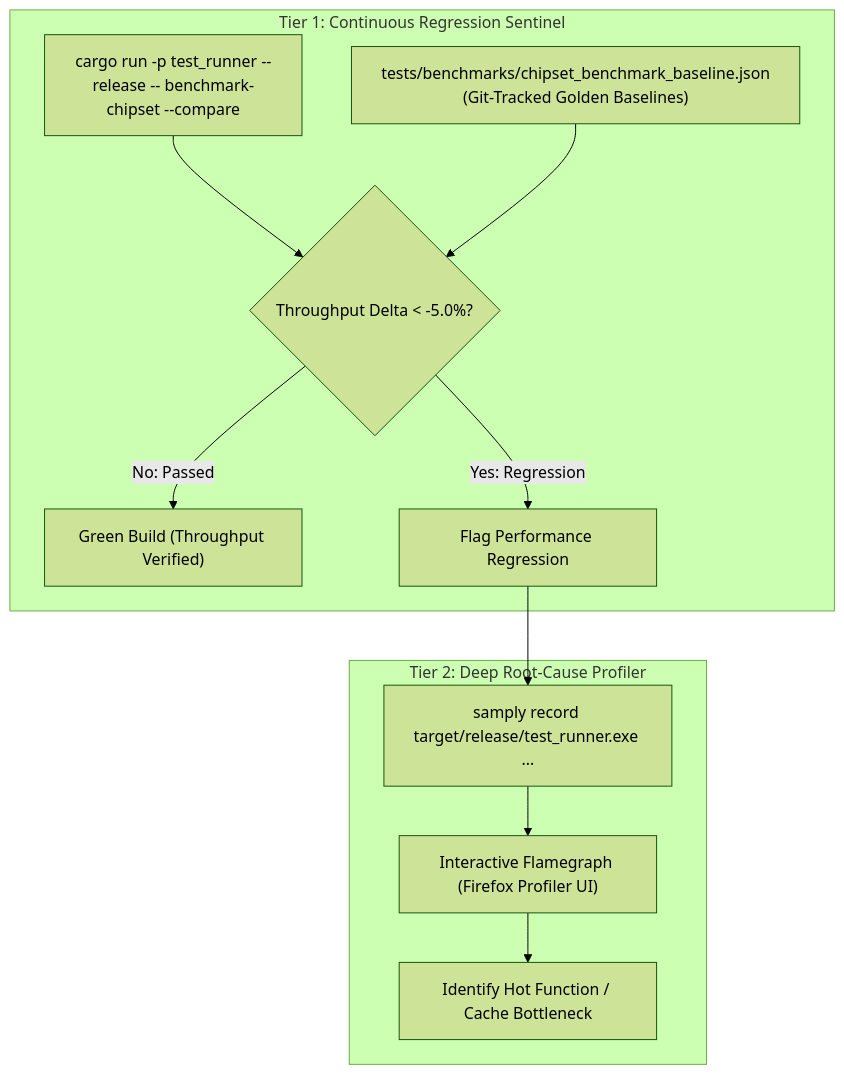
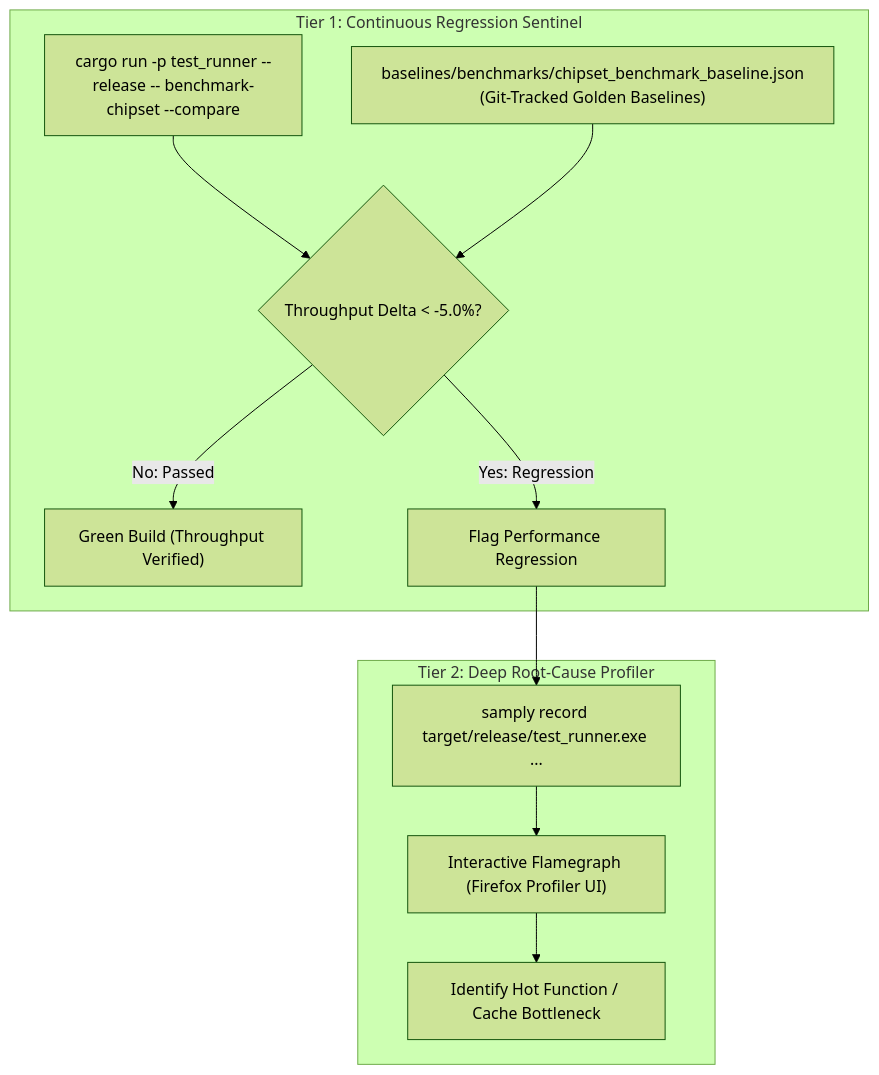
The diagram in Obsidian/Amiga/Design/Performance Profiling and Optimization Strategy.md (tomek-anuszkiewicz/amiga-studio), drawn with Mermaid (forest theme) before and after one commit. The commit also changed other lines of this file and 47 other files, not shown here.

````diff
--- a/Obsidian/Amiga/Design/Performance Profiling and Optimization Strategy.md
+++ b/Obsidian/Amiga/Design/Performance Profiling and Optimization Strategy.md
@@ -33,19 +33,19 @@
 ```mermaid
 graph TD
     subgraph "Tier 1: Continuous Regression Sentinel"
         RUN["cargo run -p test_runner --release -- benchmark-chipset --compare"]
-        GOLDEN["tests/benchmarks/chipset_benchmark_baseline.json<br/>(Git-Tracked Golden Baselines)"]
+        GOLDEN["baselines/benchmarks/chipset_benchmark_baseline.json<br/>(Git-Tracked Golden Baselines)"]
         DELTA{"Throughput Delta < -5.0%?"}
 
         RUN --> DELTA
         GOLDEN --> DELTA
         DELTA -->|No: Passed| OK["Green Build (Throughput Verified)"]
         DELTA -->|Yes: Regression| FAIL["Flag Performance Regression"]
     end
 
     subgraph "Tier 2: Deep Root-Cause Profiler"
         FAIL --> PROFILE["samply record target/release/test_runner.exe ..."]
         PROFILE --> FLAME["Interactive Flamegraph (Firefox Profiler UI)"]
         FLAME --> HOTSPOT["Identify Hot Function / Cache Bottleneck"]
     end
 ```
````
